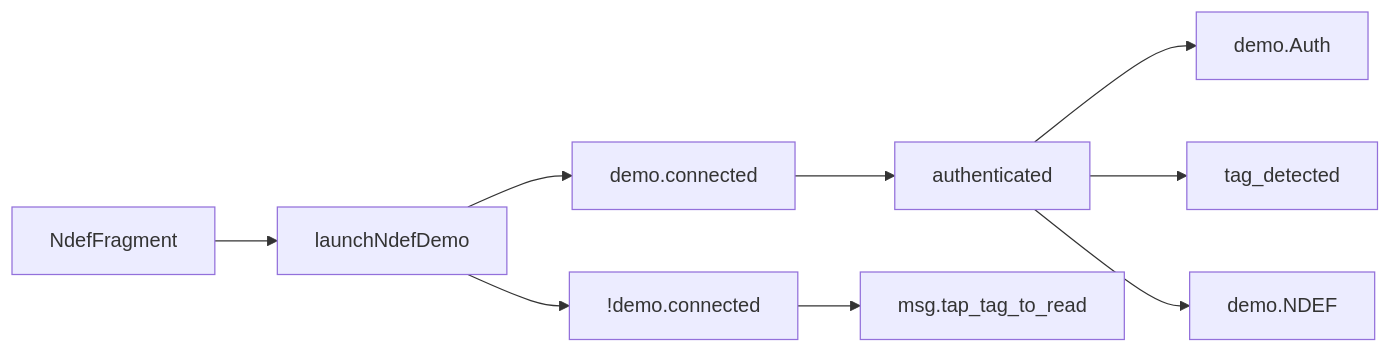
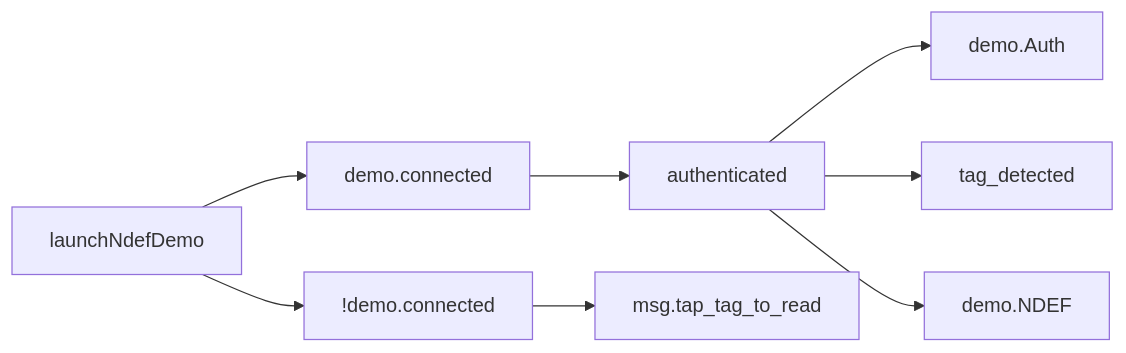
One commit to gordianknotC/nxp_note changed the tenth of 10 diagrams in nxp/MainActivity.md. Above: the diagram before and after it, drawn with Mermaid. The commit also changed other lines of this file, not shown here.

````diff
--- a/nxp/MainActivity.md
+++ b/nxp/MainActivity.md
@@ -120,12 +121,12 @@
 ```mermaid
 graph LR
-NdefFragment --> launchNdefDemo 
+launchNdefDemo 
 launchNdefDemo --> demo.connected
 demo.connected --> authenticated
 authenticated --> demo.Auth
 authenticated --> tag_detected
 authenticated --> demo.NDEF
 launchNdefDemo --> !demo.connected
 !demo.connected --> msg.tap_tag_to_read
 
 ```
````
